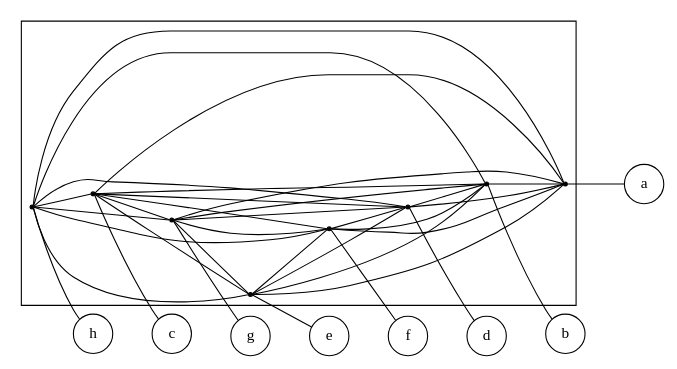
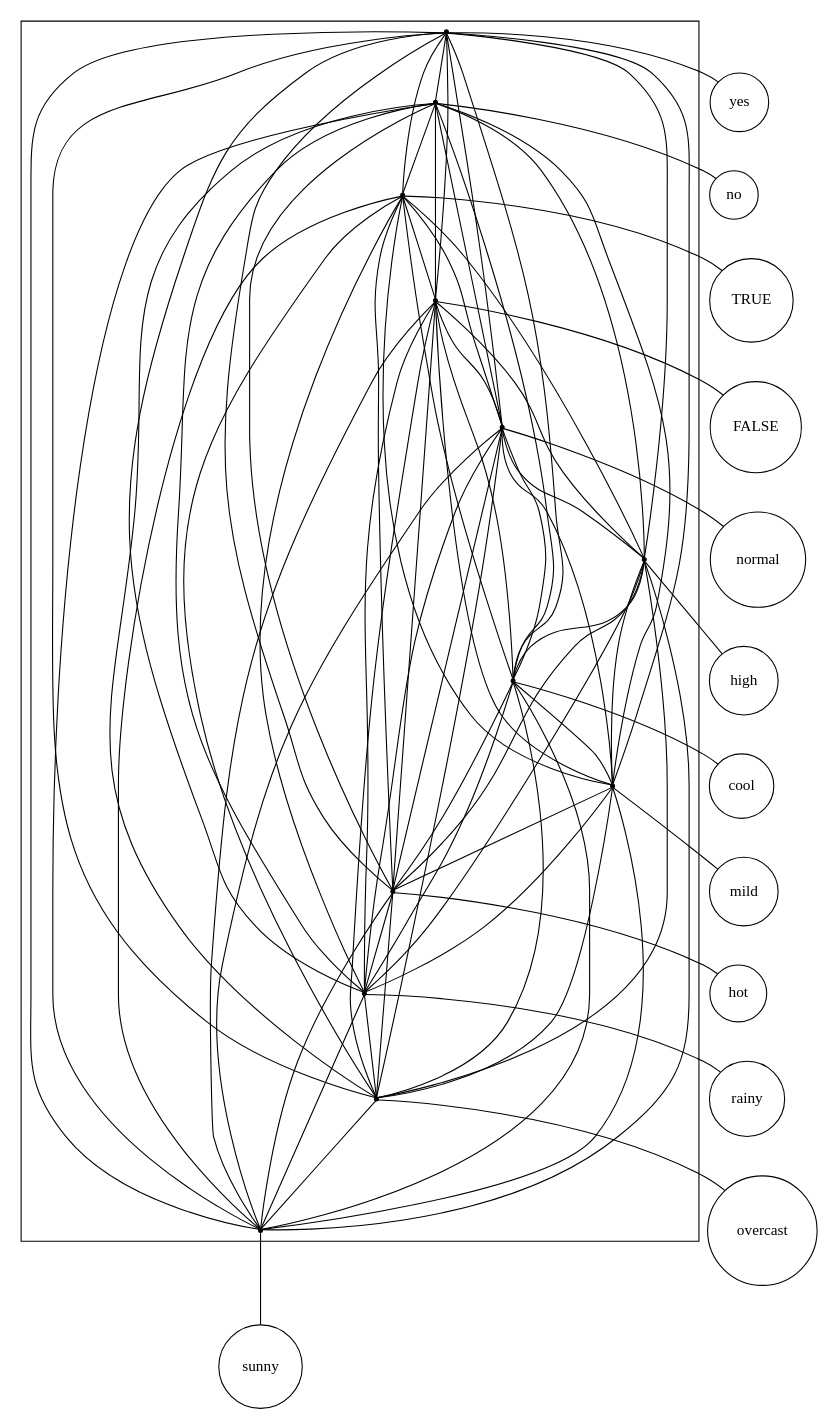
The diagram in src/final/plain_2-structure_with_threshold.dot (lrodrin/TFG), drawn with Graphviz before and after one commit. The commit also changed 7 other files, not shown here.

Commit message:
refactor Graph

```diff
--- a/src/final/plain_2-structure_with_threshold.dot
+++ b/src/final/plain_2-structure_with_threshold.dot
@@ -1,55 +1,101 @@
-digraph "plain_2-structure_with_threshold" {
+strict digraph "plain_2-structure_with_threshold" {
 compound=true;
 fontname=Verdana;
 fontsize=12;
-rankdir=LR;
+newrank=true;
 node [shape=circle];
-h;
-c;
-g;
-e;
-f;
-d;
-b;
-a;
-subgraph cluster_bfcadehg {
+yes;
+no;
+TRUE;
+FALSE;
+normal;
+high;
+cool;
+mild;
+hot;
+rainy;
+overcast;
+sunny;
+subgraph cluster_mildTRUEhighyeshotnormalFALSEovercastrainynosunnycool {
 node [shape=point];
-s_h -> s_c  [color=black, arrowhead=none];
-s_h -> s_g  [color=black, arrowhead=none];
-s_h -> s_e  [color=black, arrowhead=none];
-s_h -> s_f  [color=black, arrowhead=none];
-s_h -> s_d  [color=black, arrowhead=none];
-s_h -> s_b  [color=black, arrowhead=none];
-s_h -> s_a  [color=black, arrowhead=none];
-s_c -> s_g  [color=black, arrowhead=none];
-s_c -> s_e  [color=black, arrowhead=none];
-s_c -> s_f  [color=black, arrowhead=none];
-s_c -> s_d  [color=black, arrowhead=none];
-s_c -> s_b  [color=black, arrowhead=none];
-s_c -> s_a  [color=black, arrowhead=none];
-s_g -> s_e  [color=black, arrowhead=none];
-s_g -> s_f  [color=black, arrowhead=none];
-s_g -> s_d  [color=black, arrowhead=none];
-s_g -> s_b  [color=black, arrowhead=none];
-s_g -> s_a  [color=black, arrowhead=none];
-s_e -> s_f  [color=black, arrowhead=none];
-s_e -> s_d  [color=black, arrowhead=none];
-s_e -> s_b  [color=black, arrowhead=none];
-s_e -> s_a  [color=black, arrowhead=none];
-s_f -> s_d  [color=black, arrowhead=none];
-s_f -> s_b  [color=black, arrowhead=none];
-s_f -> s_a  [color=black, arrowhead=none];
-s_d -> s_b  [color=black, arrowhead=none];
-s_d -> s_a  [color=black, arrowhead=none];
-s_b -> s_a  [color=black, arrowhead=none];
+s_yes -> s_no  [color=black, arrowhead=none];
+s_yes -> s_TRUE  [color=black, arrowhead=none];
+s_yes -> s_FALSE  [color=black, arrowhead=none];
+s_yes -> s_normal  [color=black, arrowhead=none];
+s_yes -> s_high  [color=black, arrowhead=none];
+s_yes -> s_cool  [color=black, arrowhead=none];
+s_yes -> s_mild  [color=black, arrowhead=none];
+s_yes -> s_hot  [color=black, arrowhead=none];
+s_yes -> s_rainy  [color=black, arrowhead=none];
+s_yes -> s_overcast  [color=black, arrowhead=none];
+s_yes -> s_sunny  [color=black, arrowhead=none];
+s_no -> s_TRUE  [color=black, arrowhead=none];
+s_no -> s_FALSE  [color=black, arrowhead=none];
+s_no -> s_normal  [color=black, arrowhead=none];
+s_no -> s_high  [color=black, arrowhead=none];
+s_no -> s_cool  [color=black, arrowhead=none];
+s_no -> s_mild  [color=black, arrowhead=none];
+s_no -> s_hot  [color=black, arrowhead=none];
+s_no -> s_rainy  [color=black, arrowhead=none];
+s_no -> s_overcast  [color=black, arrowhead=none];
+s_no -> s_sunny  [color=black, arrowhead=none];
+s_TRUE -> s_FALSE  [color=black, arrowhead=none];
+s_TRUE -> s_normal  [color=black, arrowhead=none];
+s_TRUE -> s_high  [color=black, arrowhead=none];
+s_TRUE -> s_cool  [color=black, arrowhead=none];
+s_TRUE -> s_mild  [color=black, arrowhead=none];
+s_TRUE -> s_hot  [color=black, arrowhead=none];
+s_TRUE -> s_rainy  [color=black, arrowhead=none];
+s_TRUE -> s_overcast  [color=black, arrowhead=none];
+s_TRUE -> s_sunny  [color=black, arrowhead=none];
+s_FALSE -> s_normal  [color=black, arrowhead=none];
+s_FALSE -> s_high  [color=black, arrowhead=none];
+s_FALSE -> s_cool  [color=black, arrowhead=none];
+s_FALSE -> s_mild  [color=black, arrowhead=none];
+s_FALSE -> s_hot  [color=black, arrowhead=none];
+s_FALSE -> s_rainy  [color=black, arrowhead=none];
+s_FALSE -> s_overcast  [color=black, arrowhead=none];
+s_FALSE -> s_sunny  [color=black, arrowhead=none];
+s_normal -> s_high  [color=black, arrowhead=none];
+s_normal -> s_cool  [color=black, arrowhead=none];
+s_normal -> s_mild  [color=black, arrowhead=none];
+s_normal -> s_hot  [color=black, arrowhead=none];
+s_normal -> s_rainy  [color=black, arrowhead=none];
+s_normal -> s_overcast  [color=black, arrowhead=none];
+s_normal -> s_sunny  [color=black, arrowhead=none];
+s_high -> s_cool  [color=black, arrowhead=none];
+s_high -> s_mild  [color=black, arrowhead=none];
+s_high -> s_hot  [color=black, arrowhead=none];
+s_high -> s_rainy  [color=black, arrowhead=none];
+s_high -> s_overcast  [color=black, arrowhead=none];
+s_high -> s_sunny  [color=black, arrowhead=none];
+s_cool -> s_mild  [color=black, arrowhead=none];
+s_cool -> s_hot  [color=black, arrowhead=none];
+s_cool -> s_rainy  [color=black, arrowhead=none];
+s_cool -> s_overcast  [color=black, arrowhead=none];
+s_cool -> s_sunny  [color=black, arrowhead=none];
+s_mild -> s_hot  [color=black, arrowhead=none];
+s_mild -> s_rainy  [color=black, arrowhead=none];
+s_mild -> s_overcast  [color=black, arrowhead=none];
+s_mild -> s_sunny  [color=black, arrowhead=none];
+s_hot -> s_rainy  [color=black, arrowhead=none];
+s_hot -> s_overcast  [color=black, arrowhead=none];
+s_hot -> s_sunny  [color=black, arrowhead=none];
+s_rainy -> s_overcast  [color=black, arrowhead=none];
+s_rainy -> s_sunny  [color=black, arrowhead=none];
+s_overcast -> s_sunny  [color=black, arrowhead=none];
 }
 
-s_h -> h  [arrowhead=none];
-s_c -> c  [arrowhead=none];
-s_g -> g  [arrowhead=none];
-s_e -> e  [arrowhead=none];
-s_f -> f  [arrowhead=none];
-s_d -> d  [arrowhead=none];
-s_b -> b  [arrowhead=none];
-s_a -> a  [arrowhead=none];
+s_yes -> yes  [arrowhead=none];
+s_no -> no  [arrowhead=none];
+s_TRUE -> TRUE  [arrowhead=none];
+s_FALSE -> FALSE  [arrowhead=none];
+s_normal -> normal  [arrowhead=none];
+s_high -> high  [arrowhead=none];
+s_cool -> cool  [arrowhead=none];
+s_mild -> mild  [arrowhead=none];
+s_hot -> hot  [arrowhead=none];
+s_rainy -> rainy  [arrowhead=none];
+s_overcast -> overcast  [arrowhead=none];
+s_sunny -> sunny  [arrowhead=none];
 }
```
